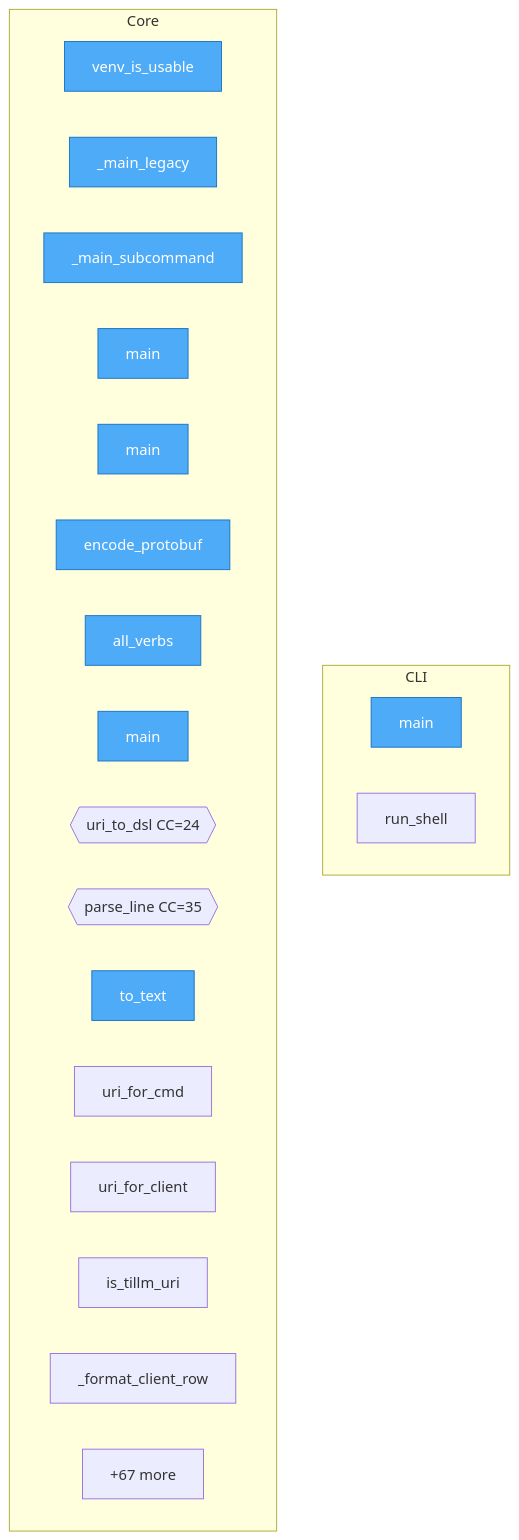
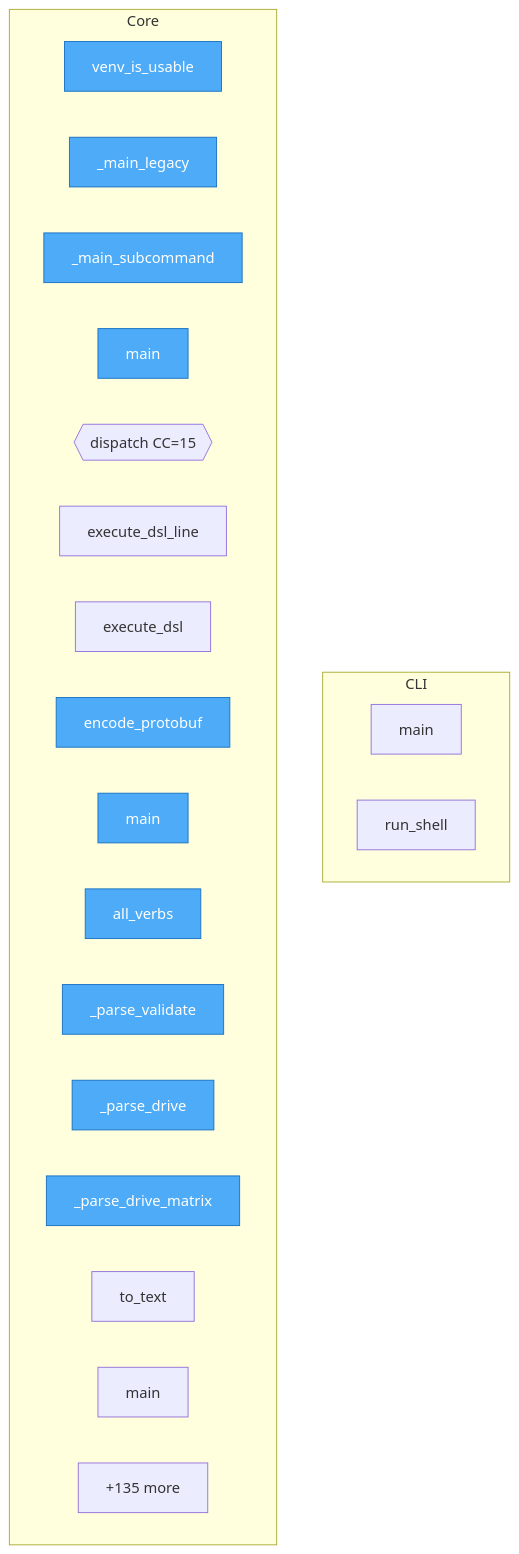
The diagram in project/flow.mmd (autogrammar/tillm), drawn with Mermaid before and after one commit. The commit also changed 19 other files, not shown here.

Commit message:
feat(providers): add codex native/subscription drive routing and refresh project analysis

```diff
--- a/project/flow.mmd
+++ b/project/flow.mmd
@@ -1,31 +1,31 @@
 flowchart TD
-%% generated in 0.01s
+%% generated in 0.03s
 
     %% Entry points (blue)
     classDef entry fill:#4dabf7,stroke:#1971c2,color:#fff
 
     subgraph CLI
         packages__cli2tillm__src__cli2tillm__cli__main["main"]
         packages__cli2tillm__src__cli2tillm__shell__run_shell["run_shell"]
     end
 
     subgraph Core
         project__venv_is_usable["venv_is_usable"]
         packages__dsl2tillm__src__dsl2tillm__cli___main_legacy["_main_legacy"]
         packages__dsl2tillm__src__dsl2tillm__cli___main_subcommand["_main_subcommand"]
         packages__dsl2tillm__src__dsl2tillm__cli__main["main"]
+        packages__dsl2tillm__src__dsl2tillm__bus__dispatch{{dispatch CC=15}}
+        packages__dsl2tillm__src__dsl2tillm__bus__execute_dsl_line["execute_dsl_line"]
+        packages__dsl2tillm__src__dsl2tillm__bus__execute_dsl["execute_dsl"]
+        packages__dsl2tillm__src__dsl2tillm__pb_codec__encode_protobuf["encode_protobuf"]
         packages__mcp2tillm__src__mcp2tillm__cli__main["main"]
-        packages__dsl2tillm__src__dsl2tillm__pb_codec__encode_protobuf["encode_protobuf"]
         packages__dsl2tillm__src__dsl2tillm__schema_registry__all_verbs["all_verbs"]
-        packages__rest2tillm__src__rest2tillm__cli__main["main"]
-        packages__uri2tillm__src__uri2tillm__decode__uri_to_dsl{{uri_to_dsl CC=24}}
-        packages__dsl2tillm__src__dsl2tillm__grammar__parse_line{{parse_line CC=35}}
+        packages__dsl2tillm__src__dsl2tillm__grammar___parse_validate["_parse_validate"]
+        packages__dsl2tillm__src__dsl2tillm__grammar___parse_drive["_parse_drive"]
+        packages__dsl2tillm__src__dsl2tillm__grammar___parse_drive_matrix["_parse_drive_matrix"]
         packages__dsl2tillm__src__dsl2tillm__grammar__to_text["to_text"]
-        packages__uri2tillm__src__uri2tillm__uri__uri_for_cmd["uri_for_cmd"]
-        packages__uri2tillm__src__uri2tillm__uri__uri_for_client["uri_for_client"]
-        packages__uri2tillm__src__uri2tillm__uri__is_tillm_uri["is_tillm_uri"]
-        src__tillm__cli___format_client_row["_format_client_row"]
-        ...["+67 more"]
+        packages__uri2tillm__src__uri2tillm__cli__main["main"]
+        ...["+135 more"]
     end
 
-    class project__venv_is_usable,packages__dsl2tillm__src__dsl2tillm__cli___main_legacy,packages__dsl2tillm__src__dsl2tillm__cli___main_subcommand,packages__dsl2tillm__src__dsl2tillm__cli__main,packages__mcp2tillm__src__mcp2tillm__cli__main,packages__dsl2tillm__src__dsl2tillm__pb_codec__encode_protobuf,packages__dsl2tillm__src__dsl2tillm__schema_registry__all_verbs,packages__rest2tillm__src__rest2tillm__cli__main,packages__cli2tillm__src__cli2tillm__cli__main,packages__dsl2tillm__src__dsl2tillm__grammar__to_text entry
+    class project__venv_is_usable,packages__dsl2tillm__src__dsl2tillm__cli___main_legacy,packages__dsl2tillm__src__dsl2tillm__cli___main_subcommand,packages__dsl2tillm__src__dsl2tillm__cli__main,packages__dsl2tillm__src__dsl2tillm__pb_codec__encode_protobuf,packages__mcp2tillm__src__mcp2tillm__cli__main,packages__dsl2tillm__src__dsl2tillm__schema_registry__all_verbs,packages__dsl2tillm__src__dsl2tillm__grammar___parse_validate,packages__dsl2tillm__src__dsl2tillm__grammar___parse_drive,packages__dsl2tillm__src__dsl2tillm__grammar___parse_drive_matrix entry
```
